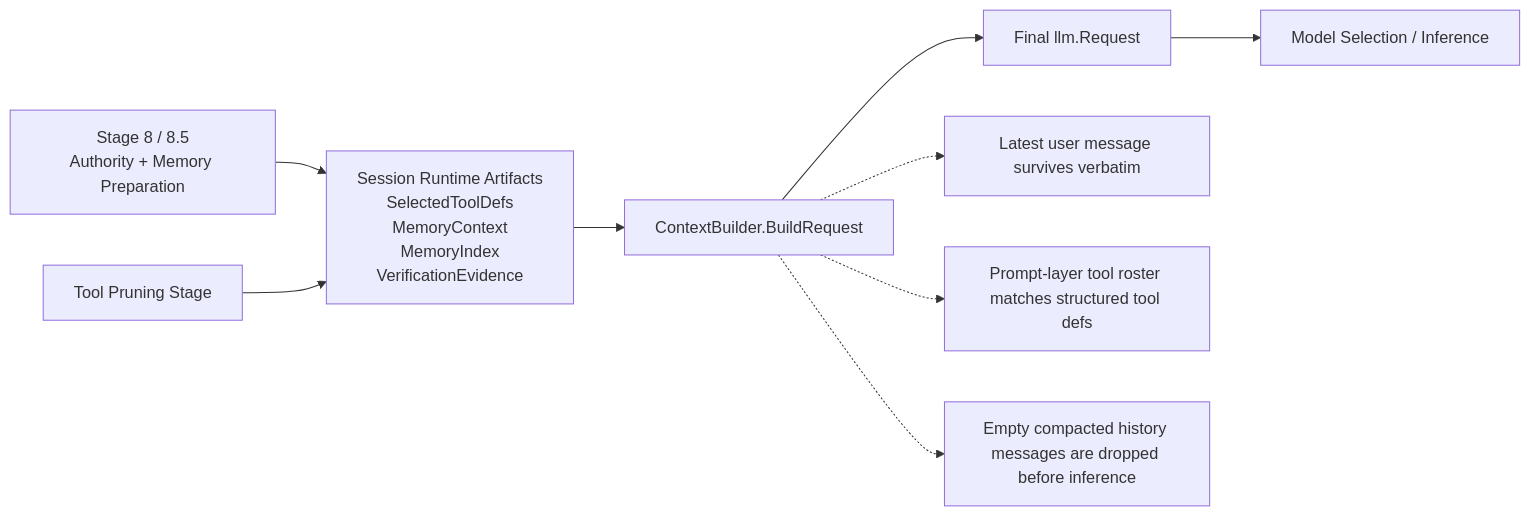
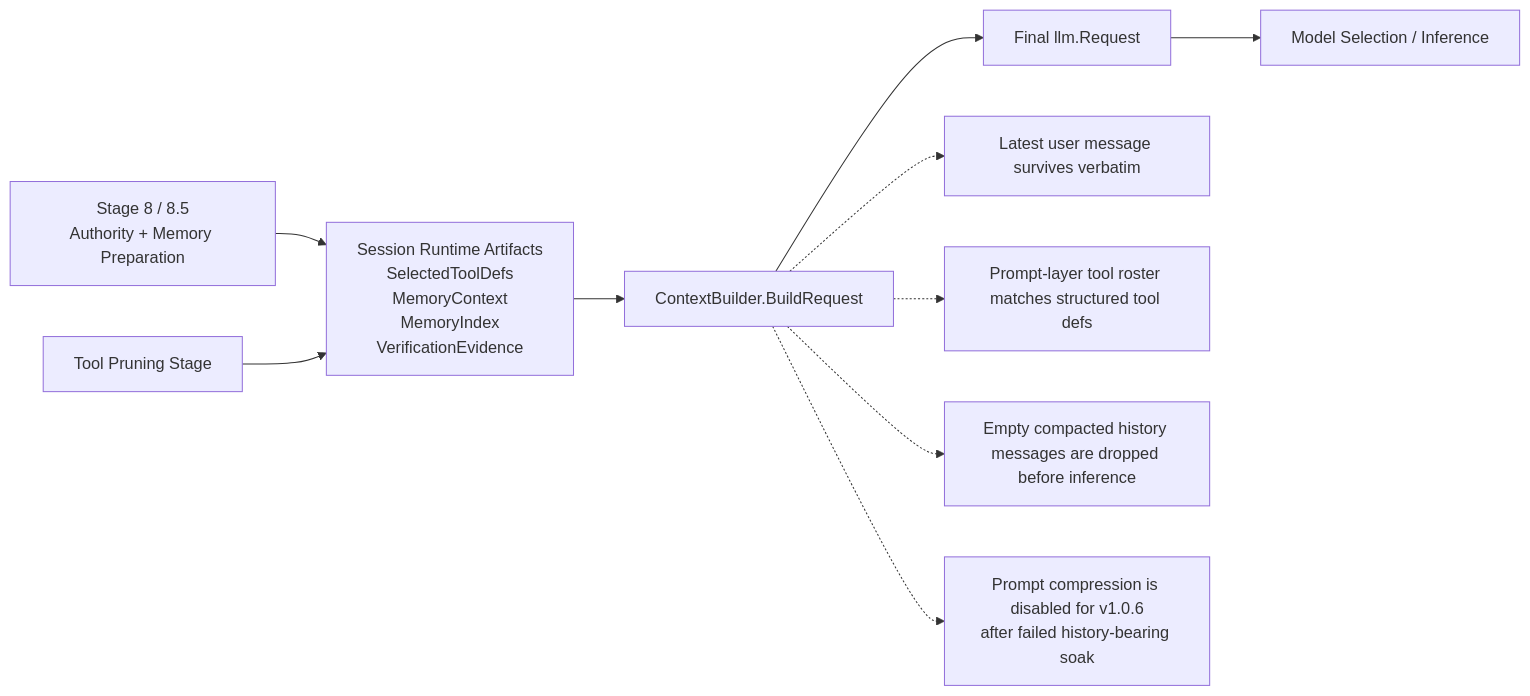
One commit to robot-accomplice/roboticus changed the tenth of 16 diagrams in docs/architecture-rules-diagrams.md. Above: the diagram before and after it, drawn with Mermaid. The commit also changed other lines of this file and 21 other files, not shown here.

````diff
--- a/docs/architecture-rules-diagrams.md
+++ b/docs/architecture-rules-diagrams.md
@@ -292,21 +292,23 @@
 ```mermaid
 flowchart LR
     stage8["Stage 8 / 8.5\nAuthority + Memory Preparation"]
     prune["Tool Pruning Stage"]
     session["Session Runtime Artifacts\nSelectedToolDefs\nMemoryContext\nMemoryIndex\nVerificationEvidence"]
     builder["ContextBuilder.BuildRequest"]
     request["Final llm.Request"]
     router["Model Selection / Inference"]
 
     stage8 --> session
     prune --> session
     session --> builder --> request --> router
 
     note1["Latest user message survives verbatim"]
     note2["Prompt-layer tool roster matches structured tool defs"]
     note3["Empty compacted history messages are dropped before inference"]
+    note4["Prompt compression is disabled for v1.0.6\nafter failed history-bearing soak"]
 
     builder -.-> note1
     builder -.-> note2
     builder -.-> note3
+    builder -.-> note4
 ```
````
